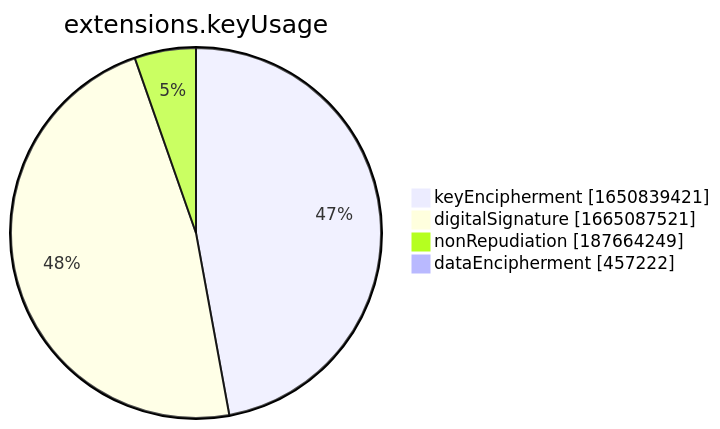
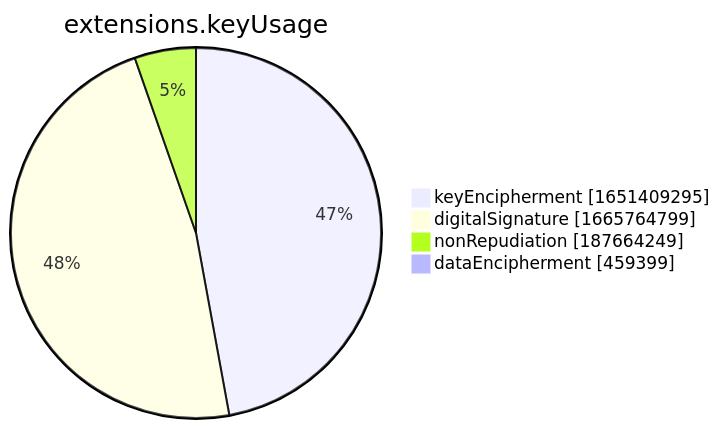
The seventh of 15 diagrams in xenon2022/README.md (christiankrug/ctmonitor_visualization), drawn with Mermaid before and after one commit. The commit also changed other lines of this file, not shown here.

````diff
--- a/xenon2022/README.md
+++ b/xenon2022/README.md
@@ -2857,8 +2857,8 @@
 ```mermaid
 pie showData
 title extensions.keyUsage
-"keyEncipherment" :1650839421
-"digitalSignature" :1665087521
+"keyEncipherment" :1651409295
+"digitalSignature" :1665764799
 "nonRepudiation" :187664249
-"dataEncipherment" :457222
+"dataEncipherment" :459399
 ```
````
